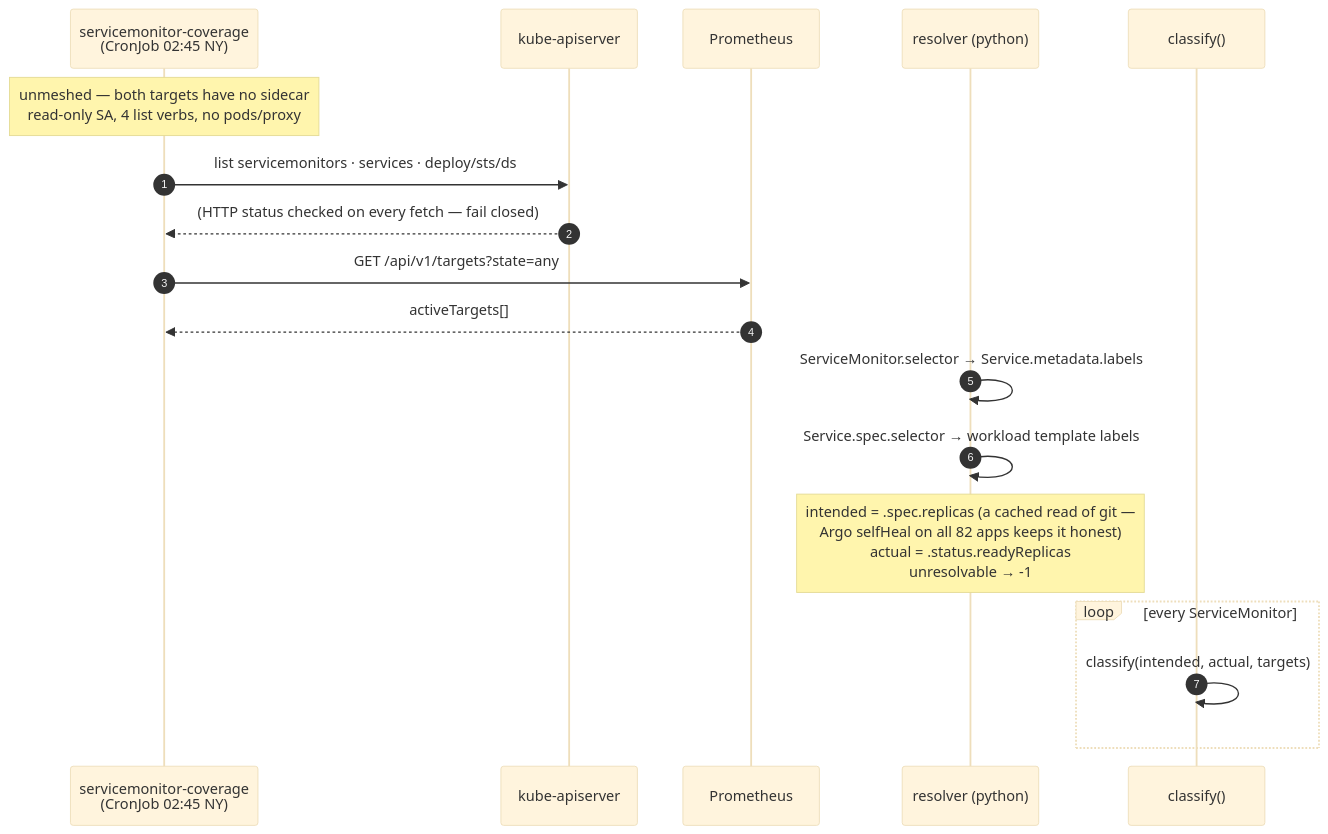
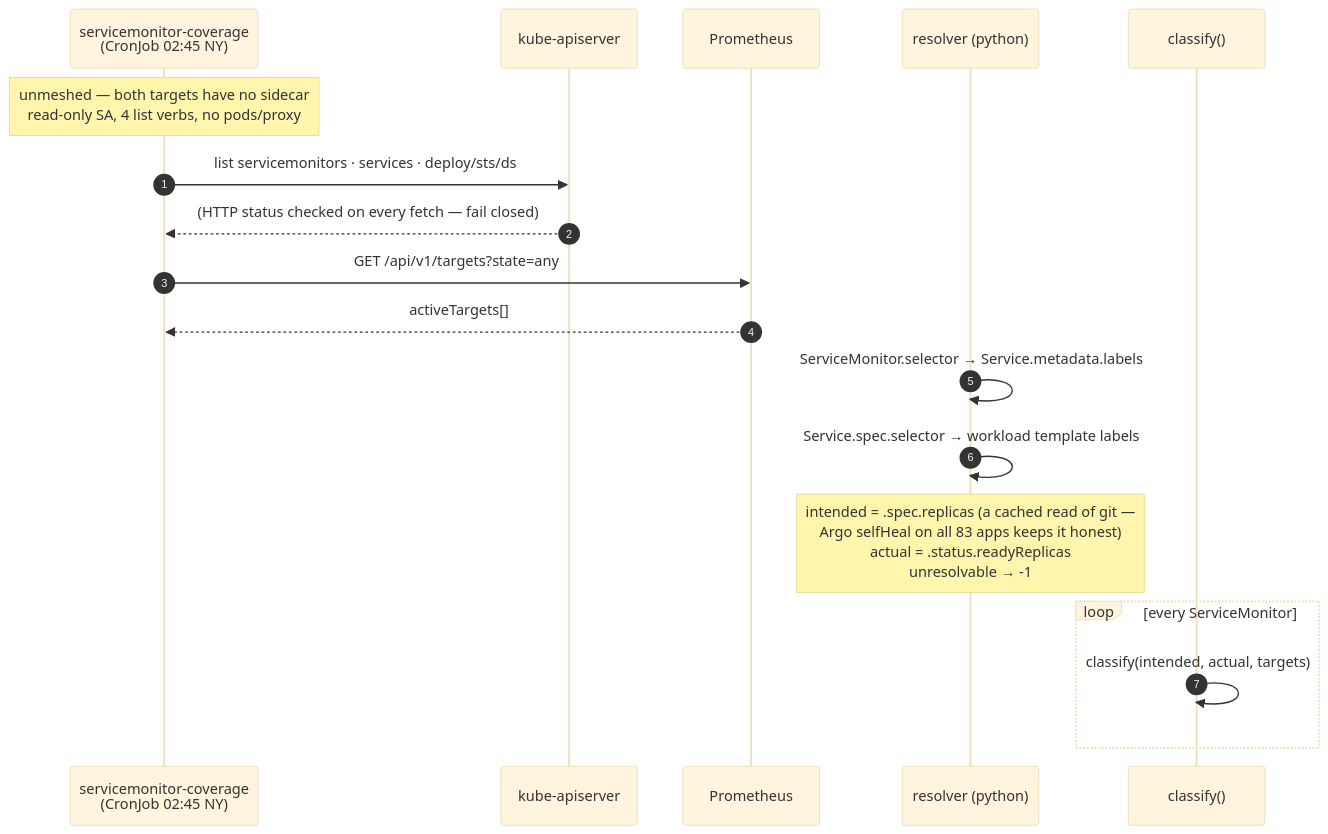
The second of 3 diagrams in docs/diagrams/flow-servicemonitor-coverage.md (edtbl76/weyland-lab), drawn with Mermaid (base theme) before and after one commit. The commit also changed 30 other files, not shown here.

````diff
--- a/docs/diagrams/flow-servicemonitor-coverage.md
+++ b/docs/diagrams/flow-servicemonitor-coverage.md
@@ -36,24 +36,24 @@
 ```mermaid
 sequenceDiagram
     autonumber
     participant CJ as servicemonitor-coverage<br/>(CronJob 02:45 NY)
     participant API as kube-apiserver
     participant PROM as Prometheus
     participant RES as resolver (python)
     participant CLS as classify()
 
     Note over CJ: unmeshed — both targets have no sidecar<br/>read-only SA, 4 list verbs, no pods/proxy
 
     CJ->>API: list servicemonitors · services · deploy/sts/ds
     API-->>CJ: (HTTP status checked on every fetch — fail closed)
     CJ->>PROM: GET /api/v1/targets?state=any
     PROM-->>CJ: activeTargets[]
 
     RES->>RES: ServiceMonitor.selector → Service.metadata.labels
     RES->>RES: Service.spec.selector → workload template labels
-    Note over RES: intended = .spec.replicas (a cached read of git —<br/>Argo selfHeal on all 82 apps keeps it honest)<br/>actual = .status.readyReplicas<br/>unresolvable → -1
+    Note over RES: intended = .spec.replicas (a cached read of git —<br/>Argo selfHeal on all 83 apps keeps it honest)<br/>actual = .status.readyReplicas<br/>unresolvable → -1
 
     loop every ServiceMonitor
     CLS->>CLS: classify(intended, actual, targets)
     end
 ```
````
